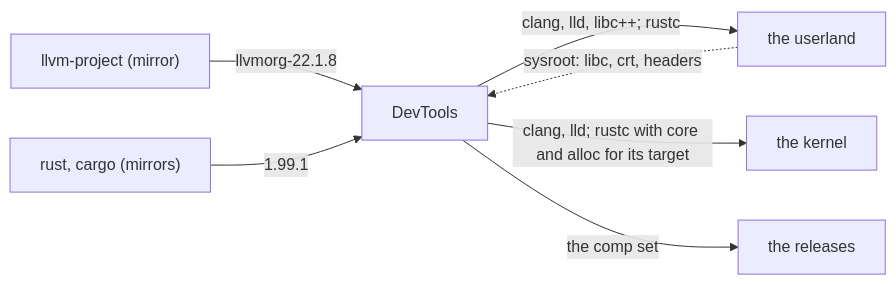
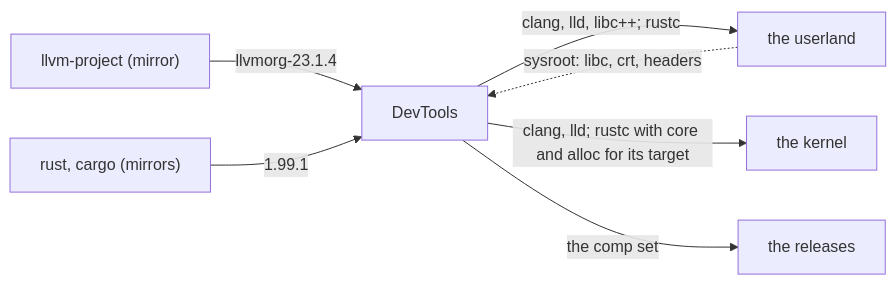
The diagram in README.md (EmiBSD/DevTools), drawn with Mermaid before and after one commit. The commit also changed other lines of this file and 7 other files, not shown here.

````diff
--- a/README.md
+++ b/README.md
@@ -52,9 +52,9 @@
 ```mermaid
 flowchart LR
-    llvm["llvm-project (mirror)"] -- "llvmorg-22.1.8" --> dev["DevTools"]
+    llvm["llvm-project (mirror)"] -- "llvmorg-23.1.4" --> dev["DevTools"]
     rust["rust, cargo (mirrors)"] -- "1.99.1" --> dev
     dev -- "clang, lld, libc++; rustc" --> ul["the userland"]
     dev -- "clang, lld; rustc with core and alloc for its target" --> k["the kernel"]
     dev -- "the comp set" --> os["the releases"]
     ul -. "sysroot: libc, crt, headers" .-> dev
 ```
````
